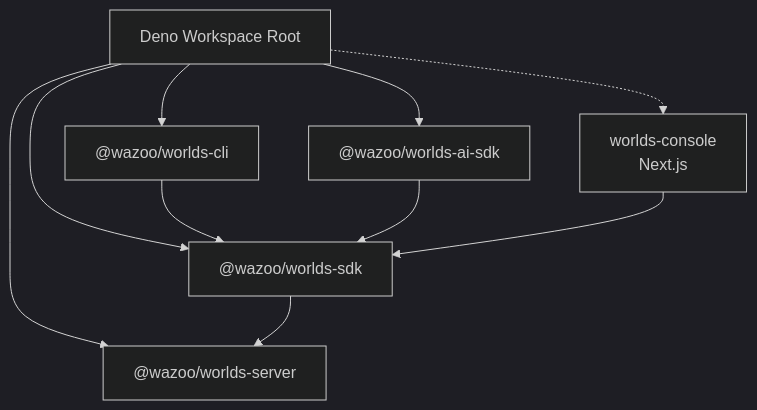
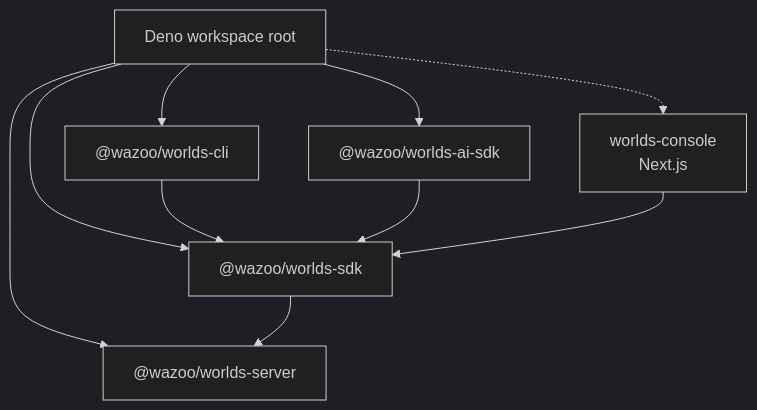
Before and after one commit to wazootech/worlds: the fourth of 4 diagrams in packages/docs/contribute/architecture.mdx, drawn with Mermaid (dark theme). The commit also changed other lines of this file and 3 other files, not shown here.

Commit message:
docs: strictly enforce concise style and sentence-case in architecture and diagram text

````diff
--- a/packages/docs/contribute/architecture.mdx
+++ b/packages/docs/contribute/architecture.mdx
@@ -225,20 +227,20 @@
 ```mermaid
 graph TD
-    ROOT["Deno Workspace Root"]
+    ROOT["Deno workspace root"]
     SERVER["@wazoo/worlds-server"]
     SDK["@wazoo/worlds-sdk"]
     AISDK["@wazoo/worlds-ai-sdk"]
     CLI["@wazoo/worlds-cli"]
     CONSOLE["worlds-console<br/>Next.js"]
 
     ROOT --> SERVER
     ROOT --> SDK
     ROOT --> AISDK
     ROOT --> CLI
     ROOT -.-> CONSOLE
 
     CLI --> SDK
     AISDK --> SDK
     CONSOLE --> SDK
     SDK --> SERVER
 ```
````
